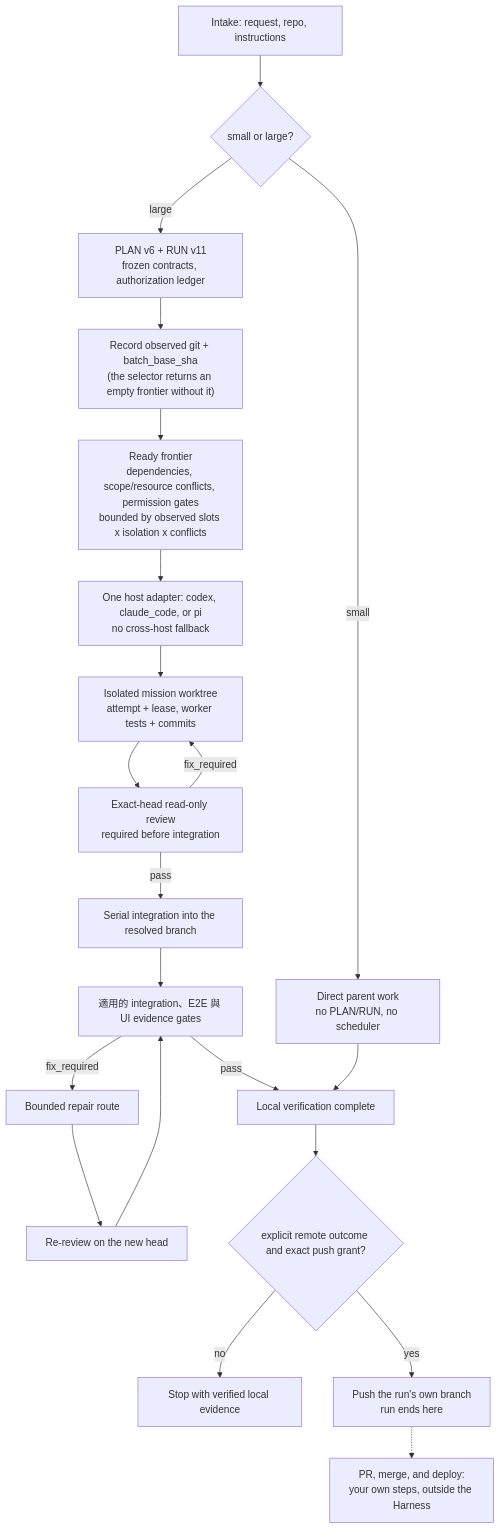
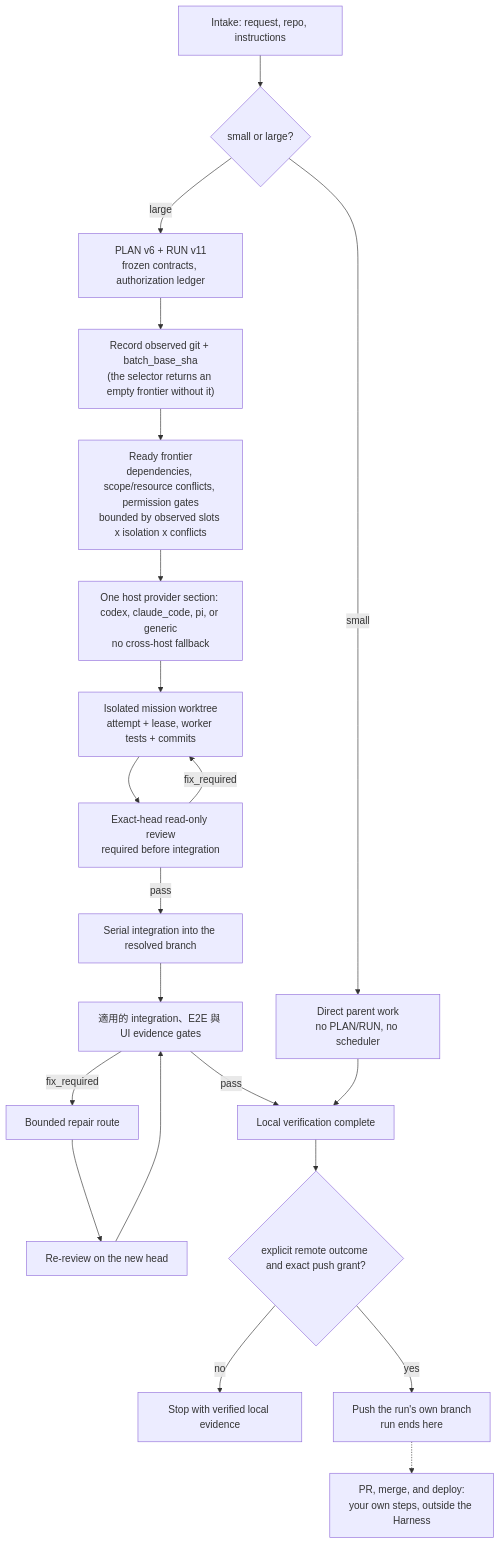
The second of 2 diagrams in README.zh-TW.md (Phlegonlabs/product-delivery-harness), drawn with Mermaid before and after one commit. The commit also changed other lines of this file and 53 other files, not shown here.

````diff
--- a/README.zh-TW.md
+++ b/README.zh-TW.md
@@ -96,23 +93,23 @@
 ```mermaid
 flowchart TB
   Intake["Intake: request, repo, instructions"] --> Size{"small or large?"}
   Size -->|small| Direct["Direct parent work<br/>no PLAN/RUN, no scheduler"]
   Size -->|large| Plan["PLAN v6 + RUN v11<br/>frozen contracts, authorization ledger"]
   Plan --> Observe["Record observed git + batch_base_sha<br/>(the selector returns an empty frontier without it)"]
   Observe --> Frontier["Ready frontier<br/>dependencies, scope/resource conflicts, permission gates<br/>bounded by observed slots x isolation x conflicts"]
-  Frontier --> Host["One host adapter: codex, claude_code, or pi<br/>no cross-host fallback"]
+  Frontier --> Host["One host provider section: codex, claude_code, pi, or generic<br/>no cross-host fallback"]
   Host --> Work["Isolated mission worktree<br/>attempt + lease, worker tests + commits"]
   Work --> Review["Exact-head read-only review<br/>required before integration"]
   Review -->|pass| Integrate["Serial integration into the resolved branch"]
   Review -->|fix_required| Work
   Integrate --> Gates["適用的 integration、E2E 與 UI evidence gates"]
   Gates -->|fix_required| Repair["Bounded repair route"]
   Repair --> Rereview["Re-review on the new head"]
   Rereview --> Gates
   Gates -->|pass| Local["Local verification complete"]
   Direct --> Local
   Local --> Remote{"explicit remote outcome and exact push grant?"}
   Remote -->|no| Done["Stop with verified local evidence"]
   Remote -->|yes| Push["Push the run's own branch<br/>run ends here"]
   Push -.-> Yours["PR, merge, and deploy:<br/>your own steps, outside the Harness"]
 ```
````
